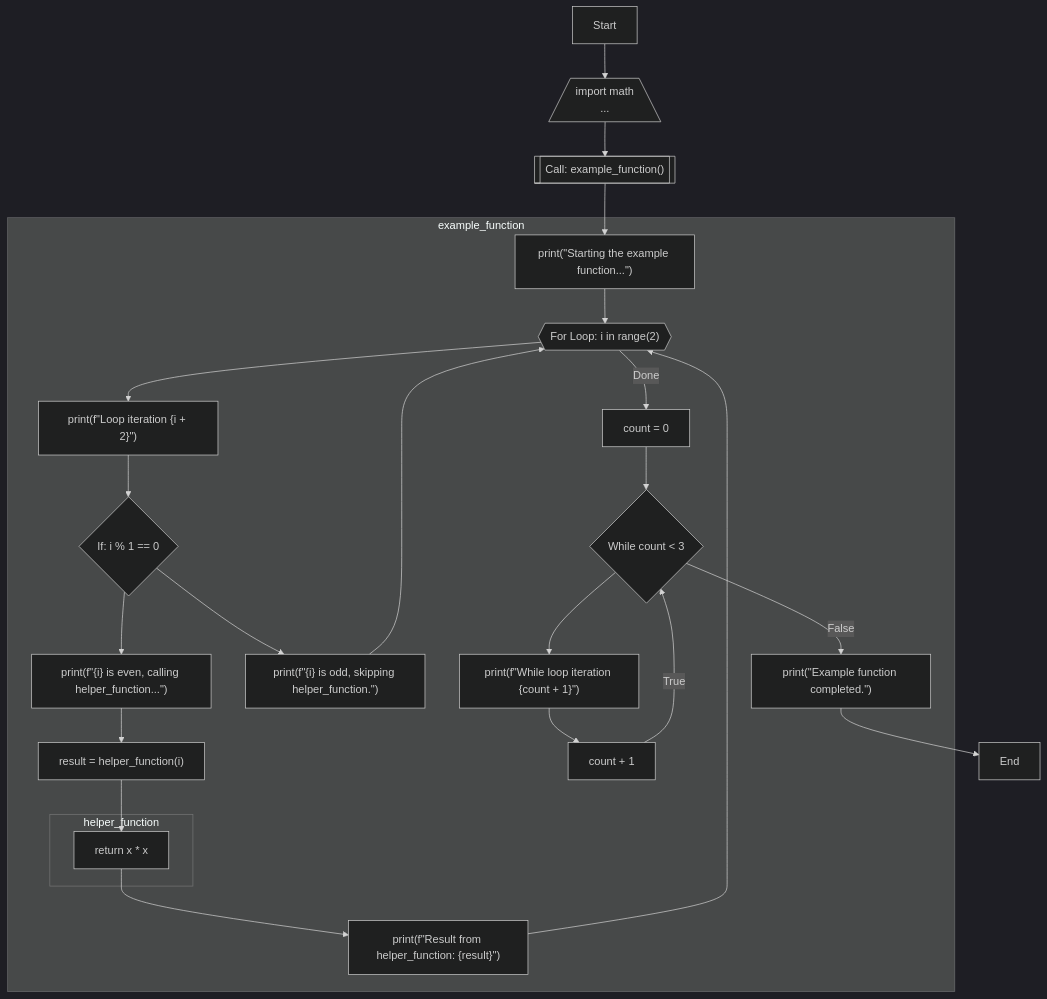
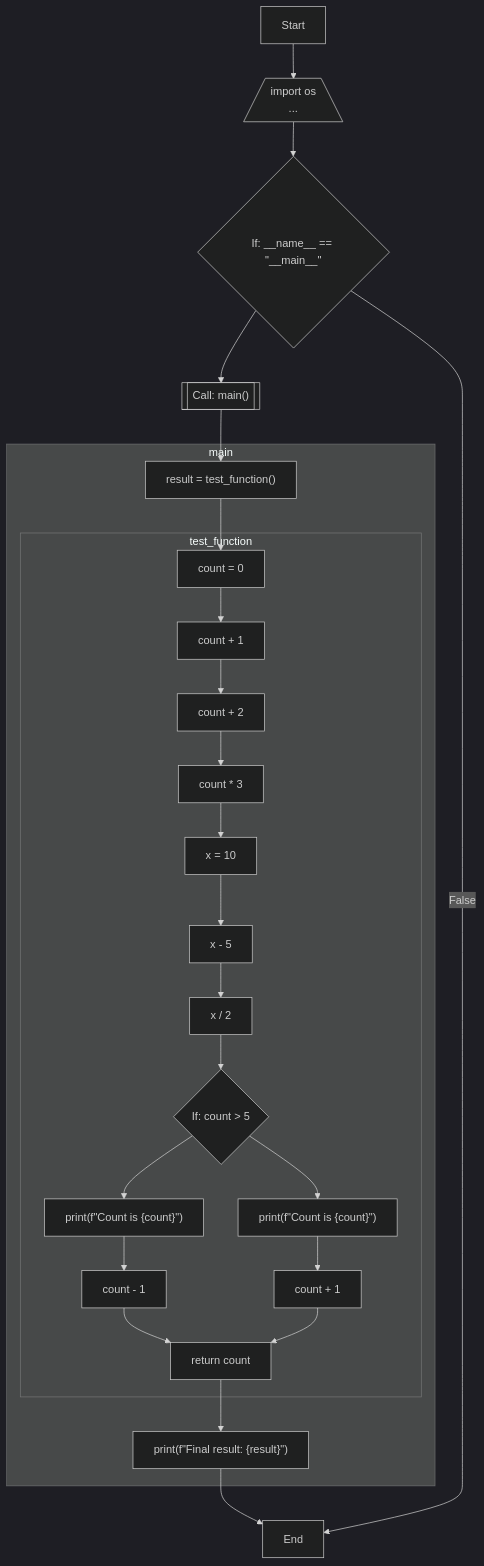
One commit to Leonardo8133/flowchart-machine changed the diagram in flowchart/flowchart.mmd. Above: the diagram before and after it, drawn with Mermaid (dark theme). The commit also changed 19 other files, not shown here.

Commit message:
Build v0.5 - Save flowchart system

```diff
--- a/flowchart/flowchart.mmd
+++ b/flowchart/flowchart.mmd
@@ -1,72 +1,77 @@
 graph TD
 	start1[Start]
 	end2[End]
-	import3[/"import math
+	import3[/"import os
 ..."\]
-	call_example_function4[["Call: example_function()"]]
-	print6["print(#quot;Starting the example function...#quot;)"]
-	for_loop7{{"For Loop: i in range(2)"}}
-	print9["print(f#quot;Loop iteration {i + 2}#quot;)"]
-	if_cond10{"If: i % 1 == 0"}
-	print12["print(f#quot;{i} is even, calling helper_function...#quot;)"]
-	assign13["result = helper_function(i)"]
-	return15["return x * x"]
-	print16["print(f#quot;Result from helper_function: {result}#quot;)"]
-	print17["print(f#quot;{i} is odd, skipping helper_function.#quot;)"]
-	assign18["count = 0"]
-	while_loop19{"While count < 3"}
-	print21["print(f#quot;While loop iteration {count + 1}#quot;)"]
+	if_cond4{"If: __name__ == #quot;__main__#quot;"}
+	call_main6[["Call: main()"]]
+	assign8["result = test_function()"]
+	assign10["count = 0"]
+	augassign11["count + 1"]
+	augassign12["count + 2"]
+	augassign13["count * 3"]
+	assign14["x = 10"]
+	augassign15["x - 5"]
+	augassign16["x / 2"]
+	if_cond17{"If: count > 5"}
+	print19["print(f#quot;Count is {count}#quot;)"]
+	augassign20["count - 1"]
+	print21["print(f#quot;Count is {count}#quot;)"]
 	augassign22["count + 1"]
-	print23["print(#quot;Example function completed.#quot;)"]
-    subgraph example_function
-        print6
-        for_loop7
-        print9
-        if_cond10
-        print12
-        assign13
-        print16
-        print17
-        assign18
-        while_loop19
-        print21
-        augassign22
-        print23
-        subgraph helper_function
-            return15
+	return23["return count"]
+	print24["print(f#quot;Final result: {result}#quot;)"]
+    subgraph main
+        assign8
+        print24
+        subgraph test_function
+            assign10
+            augassign11
+            augassign12
+            augassign13
+            assign14
+            augassign15
+            augassign16
+            if_cond17
+            print19
+            augassign20
+            print21
+            augassign22
+            return23
         end
     end
 	start1 --> import3
-	import3 --> call_example_function4
-	call_example_function4 --> print6
-	print6 --> for_loop7
-	for_loop7 --> print9
-	print9 --> if_cond10
-	if_cond10 --> print12
-	print12 --> assign13
-	assign13 --> return15
-	return15 --> print16
-	print16 --> for_loop7
-	if_cond10 --> print17
-	print17 --> for_loop7
-	for_loop7 -->|Done| assign18
-	assign18 --> while_loop19
-	while_loop19 --> print21
+	import3 --> if_cond4
+	if_cond4 --> call_main6
+	call_main6 --> assign8
+	assign8 --> assign10
+	assign10 --> augassign11
+	augassign11 --> augassign12
+	augassign12 --> augassign13
+	augassign13 --> assign14
+	assign14 --> augassign15
+	augassign15 --> augassign16
+	augassign16 --> if_cond17
+	if_cond17 --> print19
+	print19 --> augassign20
+	augassign20 --> return23
+	if_cond17 --> print21
 	print21 --> augassign22
-	augassign22 -->|True| while_loop19
-	while_loop19 -->|False| print23
-	print23 --> end2
-click print6 setClickedNode
-click for_loop7 setClickedNode
-click print9 setClickedNode
-click if_cond10 setClickedNode
-click print12 setClickedNode
-click assign13 setClickedNode
-click return15 setClickedNode
-click print16 setClickedNode
-click print17 setClickedNode
-click assign18 setClickedNode
-click while_loop19 setClickedNode
+	augassign22 --> return23
+	return23 --> print24
+	print24 --> end2
+	if_cond4 -->|False| end2
+click assign8 setClickedNode
+click assign10 setClickedNode
+click augassign11 setClickedNode
+click augassign12 setClickedNode
+click augassign13 setClickedNode
+click assign14 setClickedNode
+click augassign15 setClickedNode
+click augassign16 setClickedNode
+click if_cond17 setClickedNode
+click print19 setClickedNode
+click augassign20 setClickedNode
 click print21 setClickedNode
 click augassign22 setClickedNode
-click print23 setClickedNode
+click return23 setClickedNode
+click print24 setClickedNode
```
